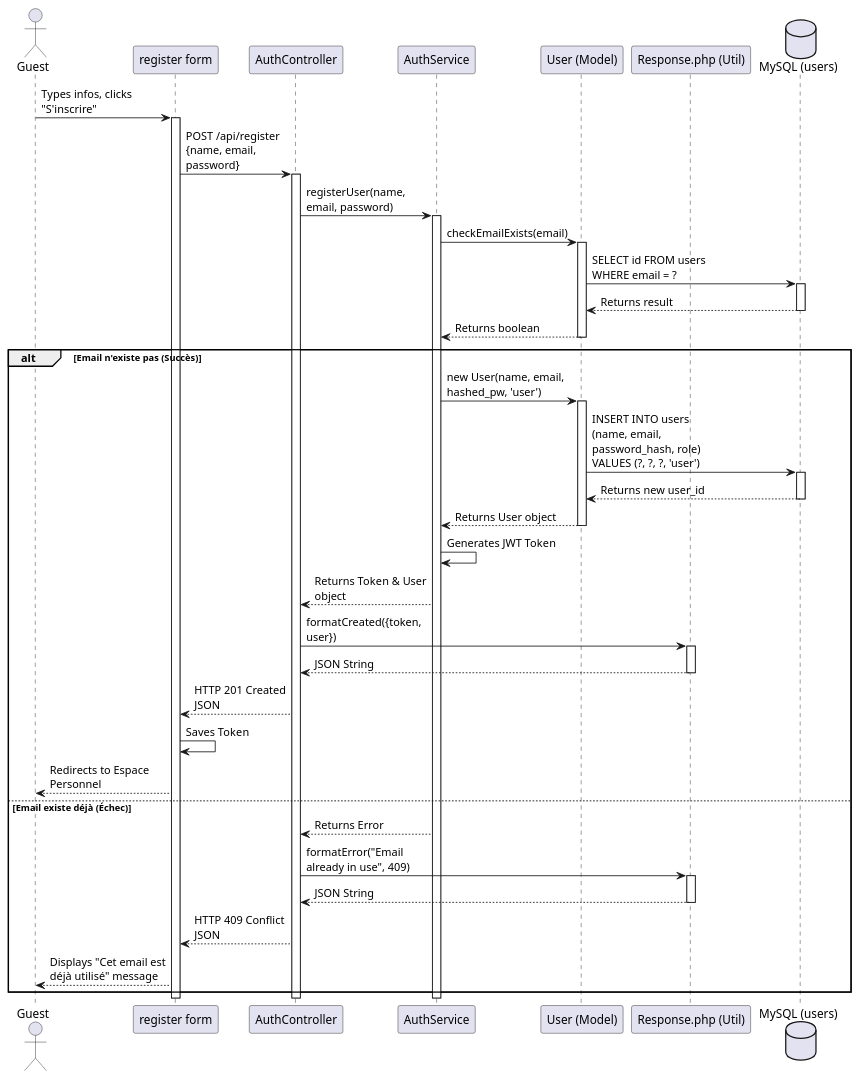
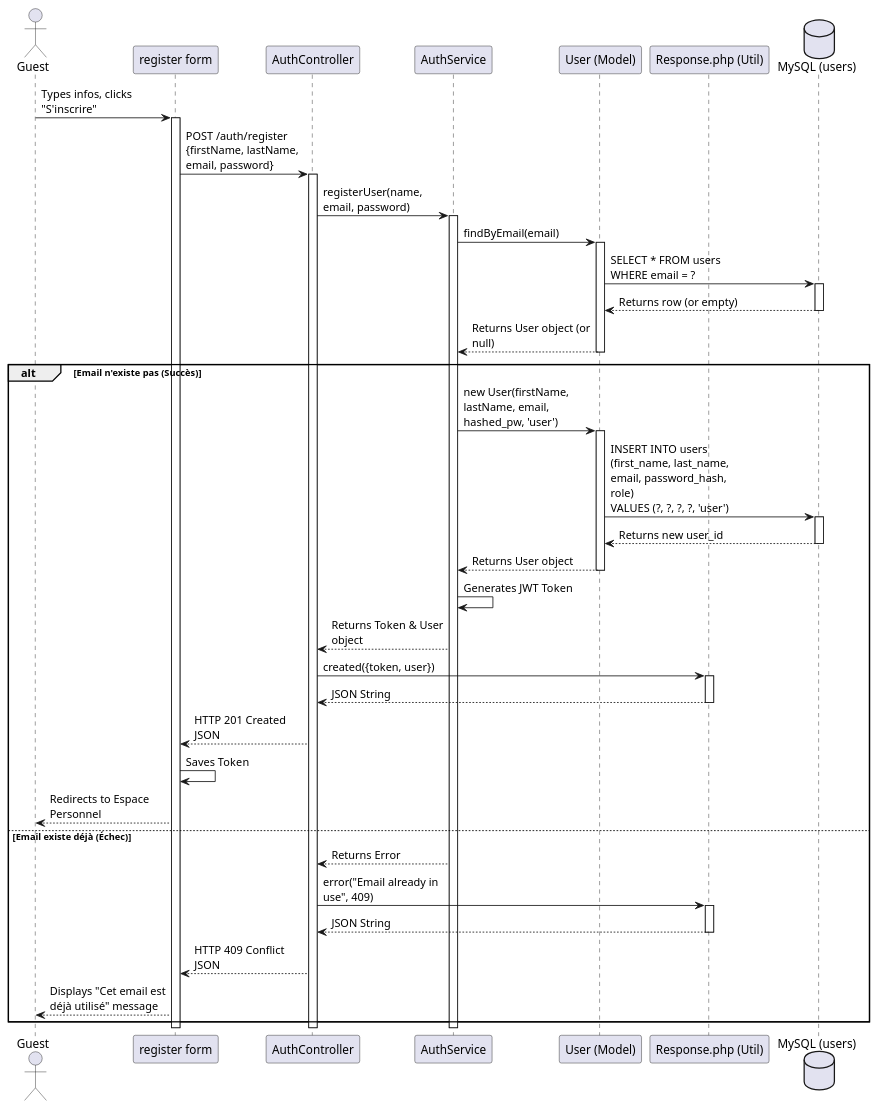
One commit to dss47/Penguins changed the diagram in docs/sequence/s_inscrire.wsd. Above: the diagram before and after it, drawn with PlantUML. The commit also changed 11 other files, not shown here.

Commit message:
sequence edit

```diff
--- a/docs/sequence/s_inscrire.wsd
+++ b/docs/sequence/s_inscrire.wsd
@@ -1,68 +1,68 @@
 @startuml s_inscrire
 skinparam maxMessageSize 150
 
 actor "Guest" as guest
 participant "register form" as sign_up
 participant "AuthController" as auth_controller
 participant "AuthService" as auth_service
 participant "User (Model)" as model
 participant "Response.php (Util)" as res
 database "MySQL (users)" as db
 
 guest -> sign_up : Types infos, clicks "S'inscrire"
 activate sign_up
-sign_up -> auth_controller : POST /api/register\n{name, email, password}
+sign_up -> auth_controller : POST /auth/register\n{firstName, lastName, email, password}
 activate auth_controller
 auth_controller -> auth_service : registerUser(name, email, password)
 activate auth_service
 
-auth_service -> model : checkEmailExists(email)
+auth_service -> model : findByEmail(email)
 activate model
-model -> db : SELECT id FROM users WHERE email = ?
+model -> db : SELECT * FROM users WHERE email = ?
 activate db
-db --> model : Returns result
+db --> model : Returns row (or empty)
 deactivate db
-model --> auth_service : Returns boolean
+model --> auth_service : Returns User object (or null)
 deactivate model
 
 alt Email n'existe pas (Succès)
     
-    auth_service -> model : new User(name, email, hashed_pw, 'user')
+    auth_service -> model : new User(firstName, lastName, email, hashed_pw, 'user')
     activate model
-    model -> db : INSERT INTO users (name, email, password_hash, role)\nVALUES (?, ?, ?, 'user')
+    model -> db : INSERT INTO users (first_name, last_name, email, password_hash, role)\nVALUES (?, ?, ?, ?, 'user')
     activate db
     db --> model : Returns new user_id
     deactivate db
     model --> auth_service : Returns User object
     deactivate model
     
     auth_service -> auth_service : Generates JWT Token
     auth_service --> auth_controller : Returns Token & User object
     
-    auth_controller -> res : formatCreated({token, user})
+    auth_controller -> res : created({token, user})
     activate res
     res --> auth_controller : JSON String
     deactivate res
     
     auth_controller --> sign_up : HTTP 201 Created\nJSON
     sign_up -> sign_up : Saves Token
     sign_up --> guest : Redirects to Espace Personnel
     
 else Email existe déjà (Échec)
     
     auth_service --> auth_controller : Returns Error
     
-    auth_controller -> res : formatError("Email already in use", 409)
+    auth_controller -> res : error("Email already in use", 409)
     activate res
     res --> auth_controller : JSON String
     deactivate res
     
     auth_controller --> sign_up : HTTP 409 Conflict\nJSON
     sign_up --> guest : Displays "Cet email est déjà utilisé" message
     
 end
 
 deactivate auth_service
 deactivate auth_controller
 deactivate sign_up
 @enduml
```
